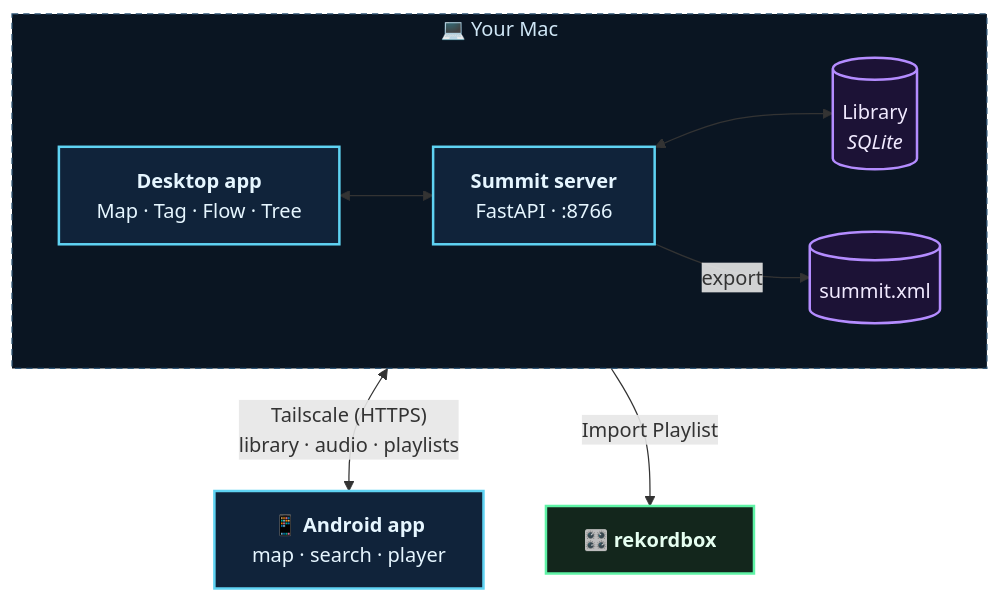
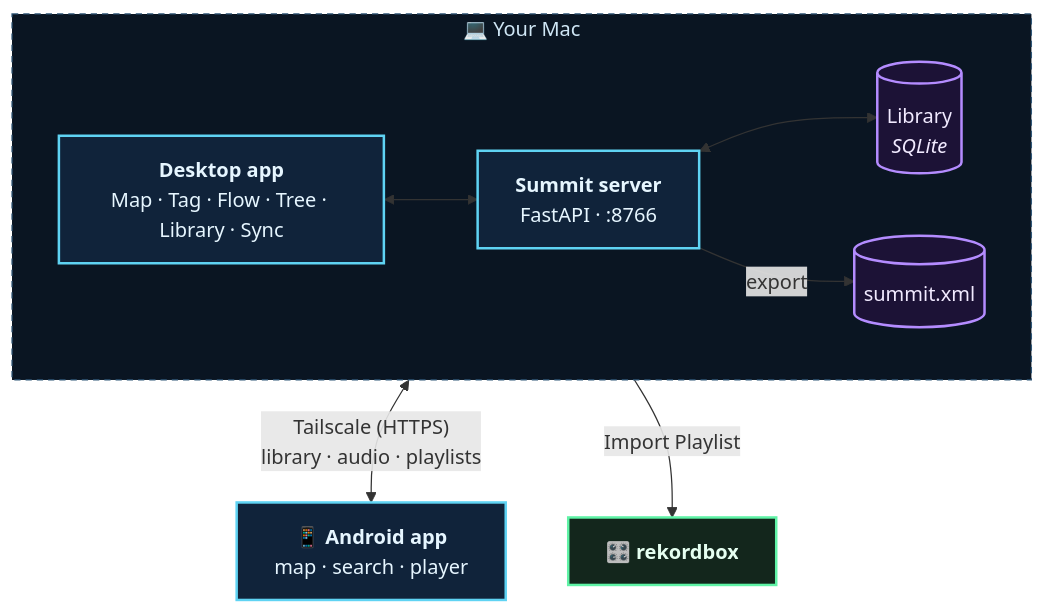
One commit to willlauer/summit changed the second of 2 diagrams in README.md. Above: the diagram before and after it, drawn with Mermaid. The commit also changed other lines of this file and 27 other files, not shown here.

First line of the commit message:
Device sync, rekordbox collection import, Library/Search/Playlists/Settings pages, Discover

````diff
--- a/README.md
+++ b/README.md
@@ -84,26 +86,26 @@
 ```mermaid
 flowchart TB
     subgraph mac["💻 Your Mac"]
         direction LR
         db[("Library<br/><i>SQLite</i>")]
         server["<b>Summit server</b><br/>FastAPI · :8766"]
-        desktop["<b>Desktop app</b><br/>Map · Tag · Flow · Tree"]
+        desktop["<b>Desktop app</b><br/>Map · Tag · Flow · Tree · Library · Sync"]
         xml[("summit.xml")]
         desktop <--> server <--> db
         server -- export --> xml
     end
 
     phone["📱 <b>Android app</b><br/>map · search · player"]
     rb["🎛️ <b>rekordbox</b>"]
 
     server <-- "Tailscale (HTTPS)<br/>library · audio · playlists" --> phone
     xml -- "Import Playlist" --> rb
 
     classDef app fill:#10233a,stroke:#5fd3f3,stroke-width:2px,color:#e6f6ff
     classDef store fill:#1c1236,stroke:#b48cff,stroke-width:2px,color:#f1eaff
     classDef ext fill:#13261c,stroke:#5ff3a6,stroke-width:2px,color:#e6fff1
     class server,desktop,phone app
     class db,xml store
     class rb ext
     style mac fill:#0a1522,stroke:#2f5677,stroke-width:1px,stroke-dasharray:5 4,color:#cfe6f5
 ```
````
